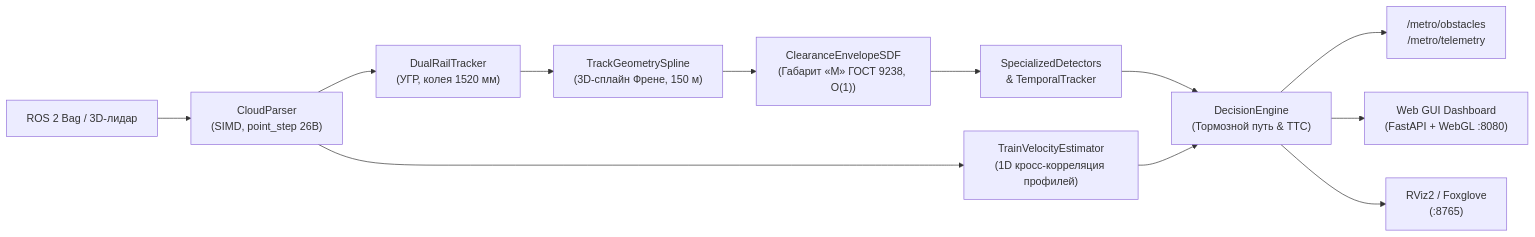
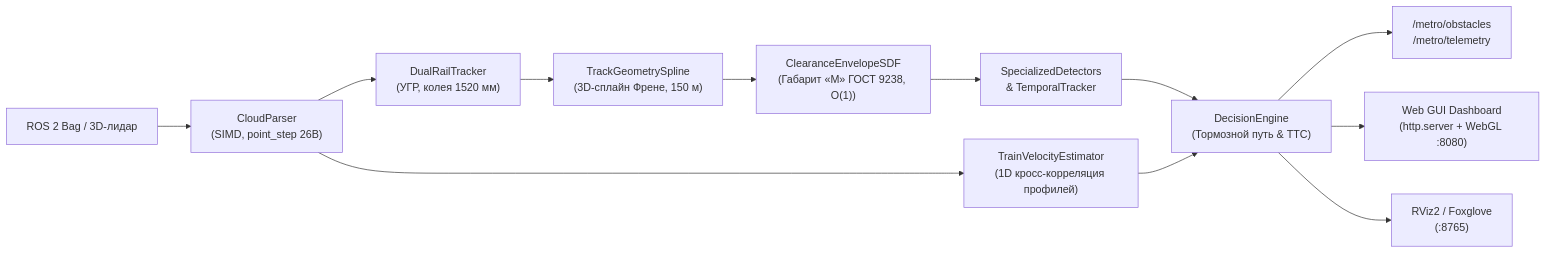
One commit to krisikas/MetroLidar2026 changed the diagram in README.md. Above: the diagram before and after it, drawn with Mermaid. The commit also changed other lines of this file and 4 other files, not shown here.

````diff
--- a/README.md
+++ b/README.md
@@ -21,14 +21,14 @@
 ```mermaid
 flowchart LR
     A["ROS 2 Bag / 3D-лидар"] --> B["CloudParser<br/>(SIMD, point_step 26B)"]
     B --> C["DualRailTracker<br/>(УГР, колея 1520 мм)"]
     C --> D["TrackGeometrySpline<br/>(3D-сплайн Френе, 150 м)"]
     D --> E["ClearanceEnvelopeSDF<br/>(Габарит «М» ГОСТ 9238, O(1))"]
     E --> F["SpecializedDetectors<br/>& TemporalTracker"]
     F --> G["DecisionEngine<br/>(Тормозной путь & TTC)"]
     B --> H["TrainVelocityEstimator<br/>(1D кросс-корреляция профилей)"]
     H --> G
     G --> I["/metro/obstacles<br/>/metro/telemetry"]
-    G --> J["Web GUI Dashboard<br/>(FastAPI + WebGL :8080)"]
+    G --> J["Web GUI Dashboard<br/>(http.server + WebGL :8080)"]
     G --> K["RViz2 / Foxglove<br/>(:8765)"]
 ```
````
